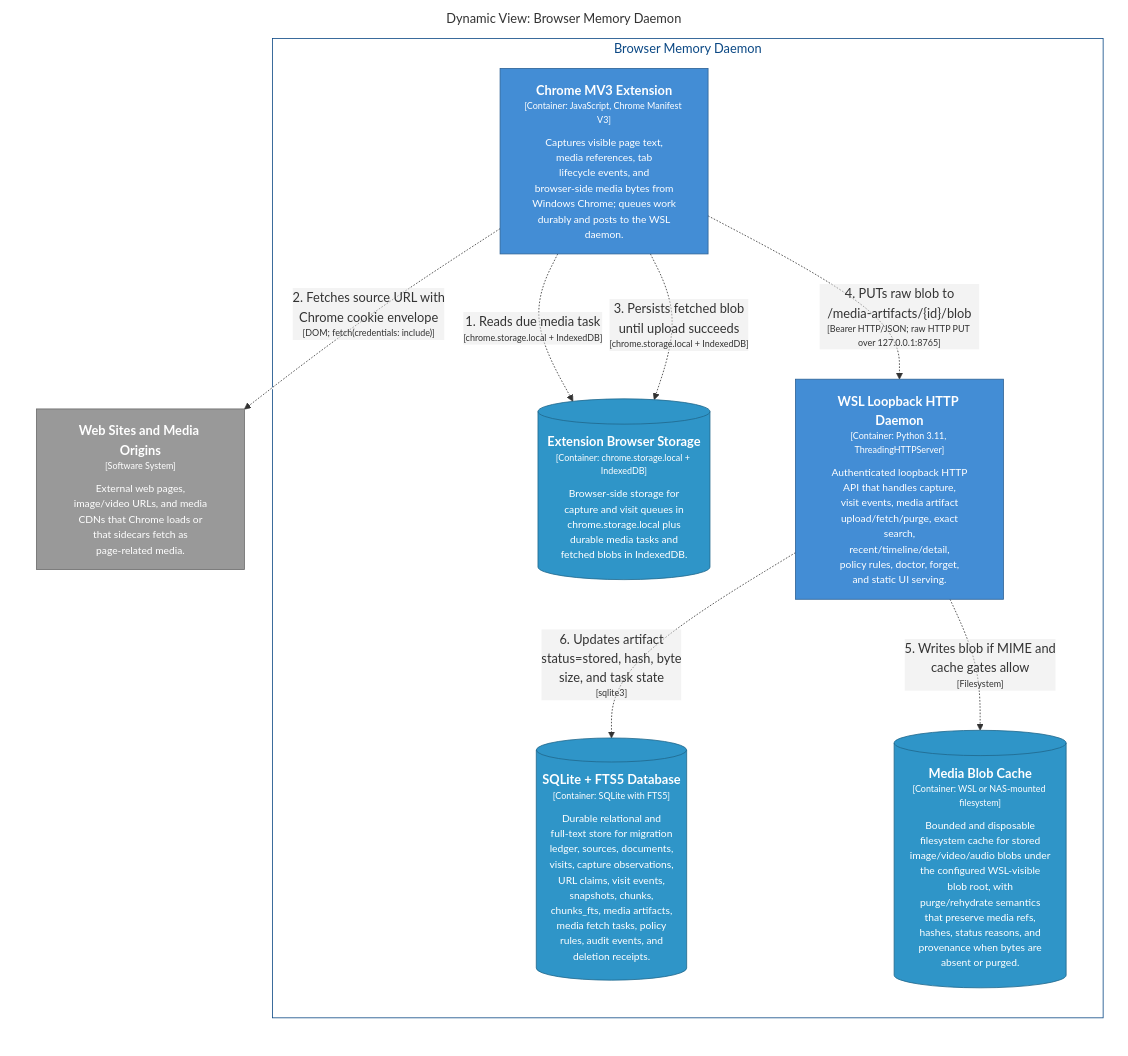
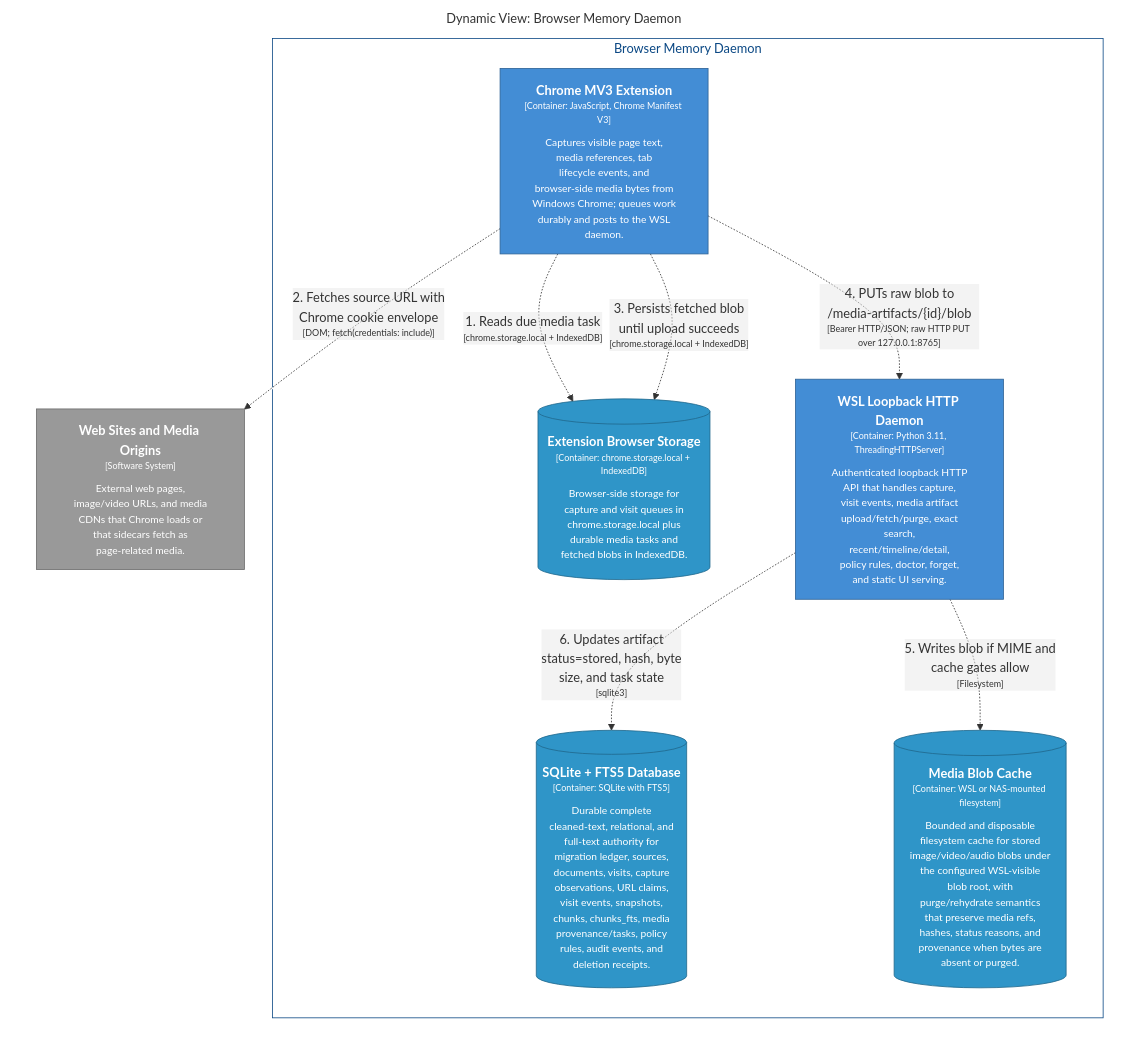
Before and after one commit to michaelnicks0/browser-memory-daemon: the diagram in docs/architecture/diagrams/markdown/CredentialedMediaSidecarFlow.md, drawn with Mermaid. The commit also changed 196 other files, not shown here.

Commit message:
feat(storage): make SQLite authoritative for snapshot text

````diff
--- a/docs/architecture/diagrams/markdown/CredentialedMediaSidecarFlow.md
+++ b/docs/architecture/diagrams/markdown/CredentialedMediaSidecarFlow.md
@@ -16,34 +16,34 @@
 ```mermaid
 graph LR
   linkStyle default fill:#ffffff
 
   subgraph diagram ["Dynamic View: Browser Memory Daemon"]
     style diagram fill:#ffffff,stroke:#ffffff
 
     subgraph 4 ["Browser Memory Daemon"]
       style 4 fill:#ffffff,stroke:#0b4884,color:#0b4884
 
       13[("<div style='font-weight: bold'>Extension Browser Storage</div><div style='font-size: 70%; margin-top: 0px'>[Container: chrome.storage.local + IndexedDB]</div><div style='font-size: 80%; margin-top:10px'>Browser-side storage for<br />capture and visit queues in<br />chrome.storage.local plus<br />durable media tasks and<br />fetched blobs in IndexedDB.</div>")]
       style 13 fill:#2f95c8,stroke:#20688c,color:#ffffff
       14["<div style='font-weight: bold'>WSL Loopback HTTP Daemon</div><div style='font-size: 70%; margin-top: 0px'>[Container: Python 3.11, ThreadingHTTPServer]</div><div style='font-size: 80%; margin-top:10px'>Authenticated loopback HTTP<br />API that handles capture,<br />visit events, media artifact<br />upload/fetch/purge, exact<br />search,<br />recent/timeline/detail,<br />policy rules, doctor, forget,<br />and static UI serving.</div>"]
       style 14 fill:#438dd5,stroke:#2e6295,color:#ffffff
-      28[("<div style='font-weight: bold'>SQLite + FTS5 Database</div><div style='font-size: 70%; margin-top: 0px'>[Container: SQLite with FTS5]</div><div style='font-size: 80%; margin-top:10px'>Durable relational and<br />full-text store for migration<br />ledger, sources, documents,<br />visits, capture observations,<br />URL claims, visit events,<br />snapshots, chunks,<br />chunks_fts, media artifacts,<br />media fetch tasks, policy<br />rules, audit events, and<br />deletion receipts.</div>")]
-      style 28 fill:#2f95c8,stroke:#20688c,color:#ffffff
-      30[("<div style='font-weight: bold'>Media Blob Cache</div><div style='font-size: 70%; margin-top: 0px'>[Container: WSL or NAS-mounted filesystem]</div><div style='font-size: 80%; margin-top:10px'>Bounded and disposable<br />filesystem cache for stored<br />image/video/audio blobs under<br />the configured WSL-visible<br />blob root, with<br />purge/rehydrate semantics<br />that preserve media refs,<br />hashes, status reasons, and<br />provenance when bytes are<br />absent or purged.</div>")]
-      style 30 fill:#2f95c8,stroke:#20688c,color:#ffffff
+      29[("<div style='font-weight: bold'>SQLite + FTS5 Database</div><div style='font-size: 70%; margin-top: 0px'>[Container: SQLite with FTS5]</div><div style='font-size: 80%; margin-top:10px'>Durable complete<br />cleaned-text, relational, and<br />full-text authority for<br />migration ledger, sources,<br />documents, visits, capture<br />observations, URL claims,<br />visit events, snapshots,<br />chunks, chunks_fts, media<br />provenance/tasks, policy<br />rules, audit events, and<br />deletion receipts.</div>")]
+      style 29 fill:#2f95c8,stroke:#20688c,color:#ffffff
+      31[("<div style='font-weight: bold'>Media Blob Cache</div><div style='font-size: 70%; margin-top: 0px'>[Container: WSL or NAS-mounted filesystem]</div><div style='font-size: 80%; margin-top:10px'>Bounded and disposable<br />filesystem cache for stored<br />image/video/audio blobs under<br />the configured WSL-visible<br />blob root, with<br />purge/rehydrate semantics<br />that preserve media refs,<br />hashes, status reasons, and<br />provenance when bytes are<br />absent or purged.</div>")]
+      style 31 fill:#2f95c8,stroke:#20688c,color:#ffffff
       5["<div style='font-weight: bold'>Chrome MV3 Extension</div><div style='font-size: 70%; margin-top: 0px'>[Container: JavaScript, Chrome Manifest V3]</div><div style='font-size: 80%; margin-top:10px'>Captures visible page text,<br />media references, tab<br />lifecycle events, and<br />browser-side media bytes from<br />Windows Chrome; queues work<br />durably and posts to the WSL<br />daemon.</div>"]
       style 5 fill:#438dd5,stroke:#2e6295,color:#ffffff
     end
 
     3["<div style='font-weight: bold'>Web Sites and Media Origins</div><div style='font-size: 70%; margin-top: 0px'>[Software System]</div><div style='font-size: 80%; margin-top:10px'>External web pages,<br />image/video URLs, and media<br />CDNs that Chrome loads or<br />that sidecars fetch as<br />page-related media.</div>"]
     style 3 fill:#999999,stroke:#6b6b6b,color:#ffffff
 
     5-. "<div>1. Reads due media task</div><div style='font-size: 70%'>[chrome.storage.local + IndexedDB]</div>" .->13
     5-. "<div>2. Fetches source URL with<br />Chrome cookie envelope</div><div style='font-size: 70%'>[DOM; fetch(credentials: include)]</div>" .->3
     5-. "<div>3. Persists fetched blob<br />until upload succeeds</div><div style='font-size: 70%'>[chrome.storage.local + IndexedDB]</div>" .->13
     5-. "<div>4. PUTs raw blob to<br />/media-artifacts/{id}/blob</div><div style='font-size: 70%'>[Bearer HTTP/JSON; raw HTTP PUT over 127.0.0.1:8765]</div>" .->14
-    14-. "<div>5. Writes blob if MIME and<br />cache gates allow</div><div style='font-size: 70%'>[Filesystem]</div>" .->30
-    14-. "<div>6. Updates artifact<br />status=stored, hash, byte<br />size, and task state</div><div style='font-size: 70%'>[sqlite3]</div>" .->28
+    14-. "<div>5. Writes blob if MIME and<br />cache gates allow</div><div style='font-size: 70%'>[Filesystem]</div>" .->31
+    14-. "<div>6. Updates artifact<br />status=stored, hash, byte<br />size, and task state</div><div style='font-size: 70%'>[sqlite3]</div>" .->29
 
   end
 ```
````
